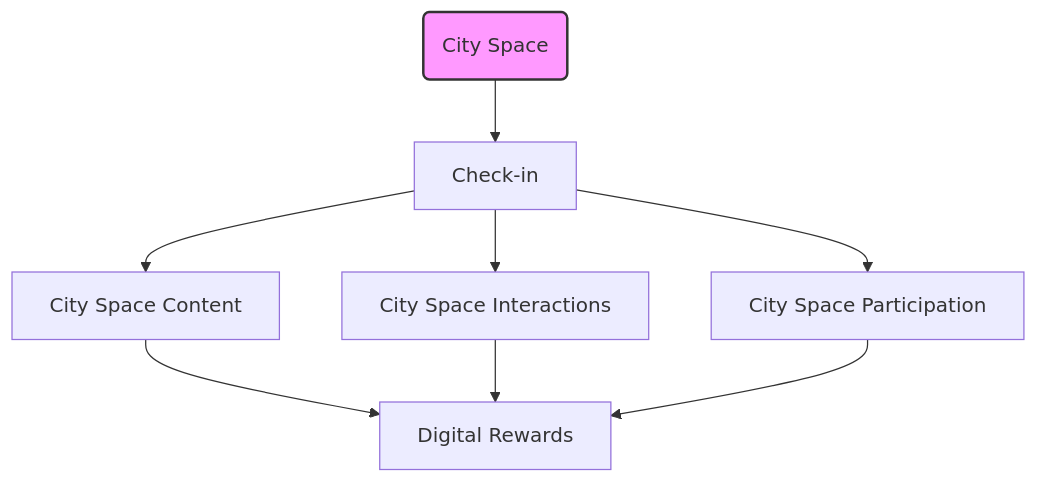
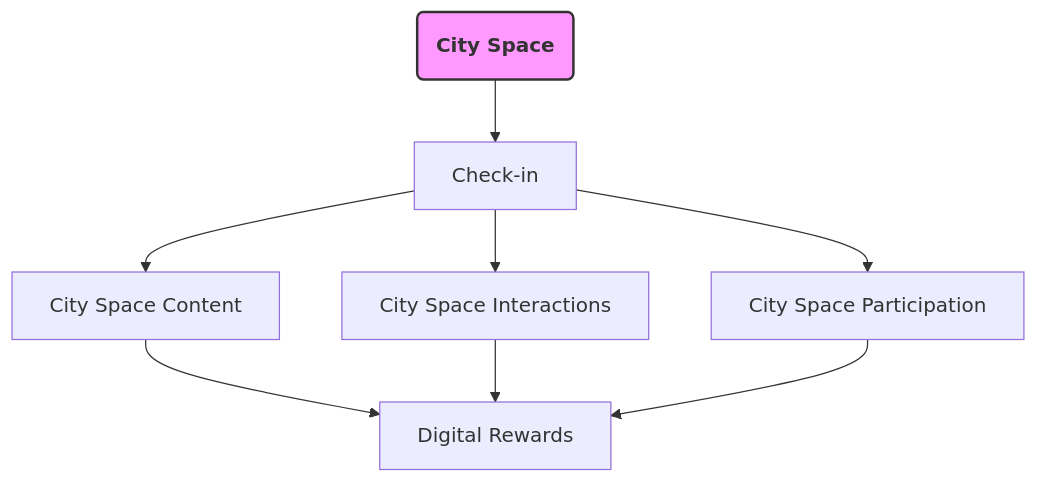
One commit to cityos-work/cityos-dev changed the diagram in pages/elements/city-spaces.md. Above: the diagram before and after it, drawn with Mermaid.

````diff
--- a/pages/elements/city-spaces.md
+++ b/pages/elements/city-spaces.md
@@ -14,11 +14,11 @@
 ```mermaid
 graph TD;
     CS("City Space")-->CI["Check-in"];
     CI-->CSC["City Space Content"];
     CI-->CSI["City Space Interactions"];
     CI-->CSP["City Space Participation"];
     CSC-->DR["Digital Rewards"];
     CSI-->DR;
     CSP-->DR;
-    style CS fill:#f9f,stroke:#333,stroke-width:2px
+    style CS fill:#f9f,stroke:#333,stroke-width:2px,font-weight: bold
 ```
````
